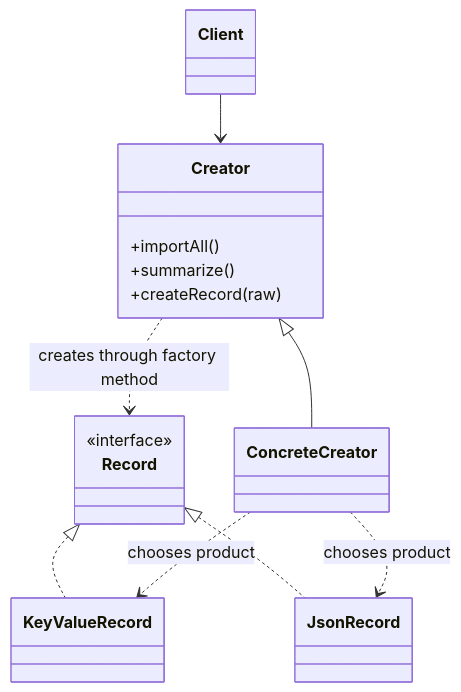
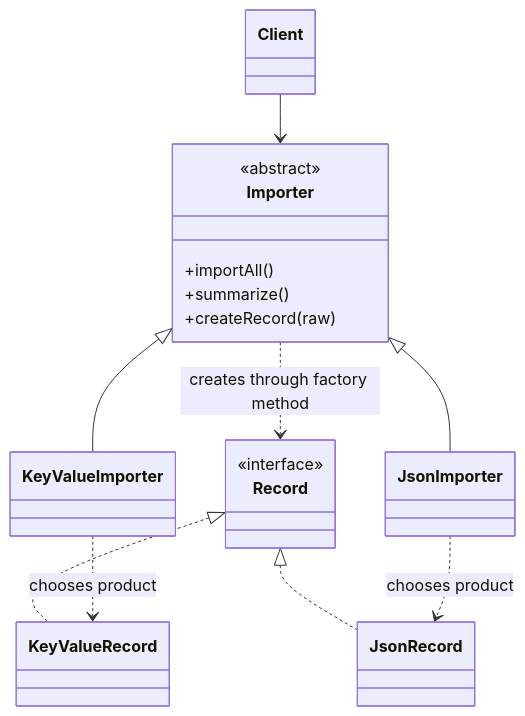
Before and after one commit to xiehanff/myblog: the diagram in content/cs101/05-程序设计与软件设计/04-设计模式/03-工厂方法.md, drawn with Mermaid. The commit also changed 16 other files, not shown here.

First line of the commit message:
docs: 替换旧图片为 Mermaid 图表并完善内容说明

````diff
--- a/content/cs101/05-程序设计与软件设计/04-设计模式/03-工厂方法.md
+++ b/content/cs101/05-程序设计与软件设计/04-设计模式/03-工厂方法.md
@@ -22,22 +22,25 @@
 ```mermaid
 classDiagram
   class Client
-  class Creator {
+  class Importer {
+    <<abstract>>
     +importAll()
     +summarize()
     +createRecord(raw)
   }
-  class ConcreteCreator
+  class KeyValueImporter
+  class JsonImporter
   class Record {
     <<interface>>
   }
   class KeyValueRecord
   class JsonRecord
-  Creator <|-- ConcreteCreator
+  Importer <|-- KeyValueImporter
+  Importer <|-- JsonImporter
   Record <|.. KeyValueRecord
   Record <|.. JsonRecord
-  Client --> Creator
-  Creator ..> Record : creates through factory method
-  ConcreteCreator ..> KeyValueRecord : chooses product
-  ConcreteCreator ..> JsonRecord : chooses product
+  Client --> Importer
+  Importer ..> Record : creates through factory method
+  KeyValueImporter ..> KeyValueRecord : chooses product
+  JsonImporter ..> JsonRecord : chooses product
 ```
````
